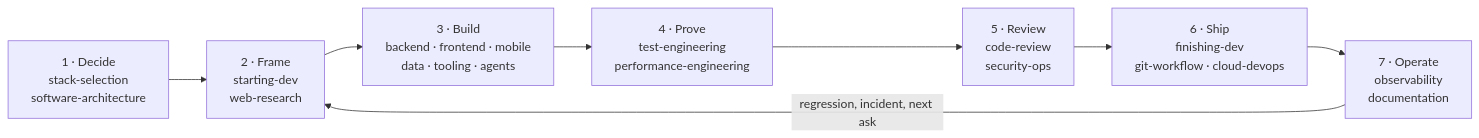
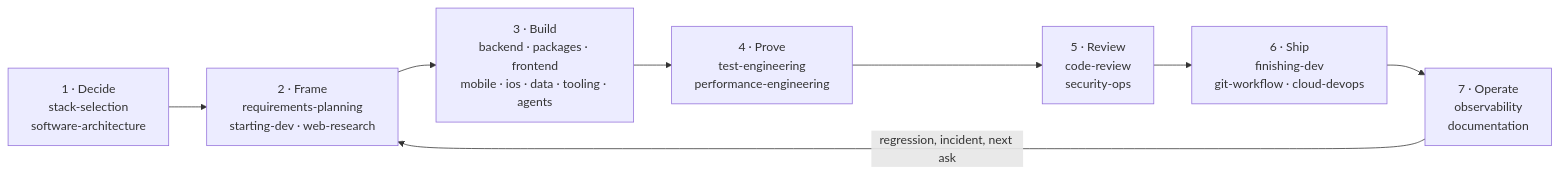
Before and after one commit to juninmd/skills: the second of 2 diagrams in README.md, drawn with Mermaid. The commit also changed other lines of this file and 100 other files, not shown here.

````diff
--- a/README.md
+++ b/README.md
@@ -145,10 +145,10 @@
 ```mermaid
 flowchart LR
-    A["1 · Decide<br/>stack-selection<br/>software-architecture"] --> B["2 · Frame<br/>starting-dev<br/>web-research"]
-    B --> C["3 · Build<br/>backend · frontend · mobile<br/>data · tooling · agents"]
+    A["1 · Decide<br/>stack-selection<br/>software-architecture"] --> B["2 · Frame<br/>requirements-planning<br/>starting-dev · web-research"]
+    B --> C["3 · Build<br/>backend · packages · frontend<br/>mobile · ios · data · tooling · agents"]
     C --> D["4 · Prove<br/>test-engineering<br/>performance-engineering"]
     D --> E["5 · Review<br/>code-review<br/>security-ops"]
     E --> F["6 · Ship<br/>finishing-dev<br/>git-workflow · cloud-devops"]
     F --> G["7 · Operate<br/>observability<br/>documentation"]
     G -->|regression, incident, next ask| B
 ```
````
